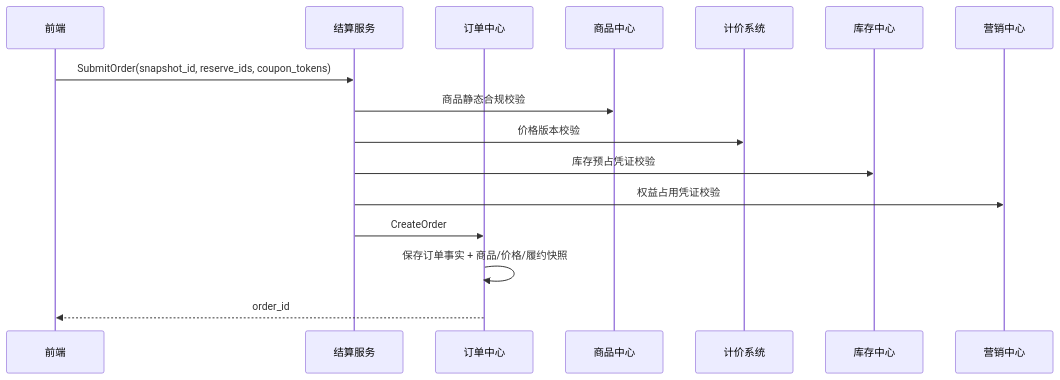
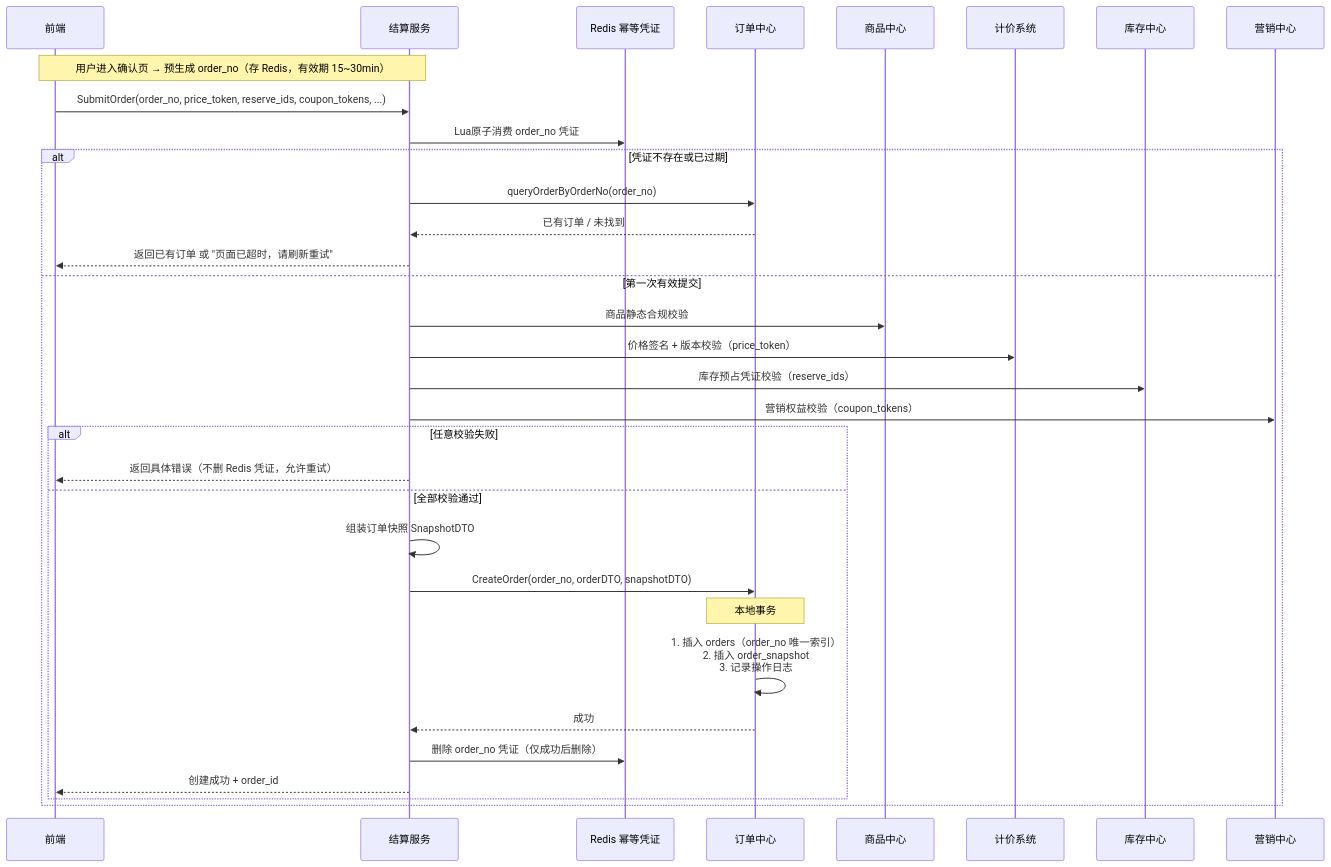
One commit to wxquare/wxquare.github.io changed the seventh of 14 diagrams in books/system-design-architecture-book/src/part02/13-ecommerce-customer-lifecycle.md. Above: the diagram before and after it, drawn with Mermaid. The commit also changed other lines of this file and 2 other files, not shown here.

````diff
--- a/books/system-design-architecture-book/src/part02/13-ecommerce-customer-lifecycle.md
+++ b/books/system-design-architecture-book/src/part02/13-ecommerce-customer-lifecycle.md
@@ -1162,19 +1603,42 @@
 ```mermaid
 sequenceDiagram
     participant FE as 前端
     participant CO as 结算服务
+    participant R as Redis 幂等凭证
     participant O as 订单中心
     participant P as 商品中心
     participant PR as 计价系统
     participant IV as 库存中心
     participant MK as 营销中心
 
-    FE->>CO: SubmitOrder(snapshot_id, reserve_ids, coupon_tokens)
-    CO->>P: 商品静态合规校验
-    CO->>PR: 价格版本校验
-    CO->>IV: 库存预占凭证校验
-    CO->>MK: 权益占用凭证校验
-    CO->>O: CreateOrder
-    O->>O: 保存订单事实 + 商品/价格/履约快照
-    O-->>FE: order_id
+    Note over FE,CO: 用户进入确认页 → 预生成 order_no（存 Redis，有效期 15~30min）
+
+    FE->>CO: SubmitOrder(order_no, price_token, reserve_ids, coupon_tokens, ...)
+    
+    CO->>R: Lua原子消费 order_no 凭证
+    
+    alt 凭证不存在或已过期
+        CO->>O: queryOrderByOrderNo(order_no)
+        O-->>CO: 已有订单 / 未找到
+        CO-->>FE: 返回已有订单 或 "页面已超时，请刷新重试"
+    else 第一次有效提交
+        CO->>P: 商品静态合规校验
+        CO->>PR: 价格签名 + 版本校验（price_token）
+        CO->>IV: 库存预占凭证校验（reserve_ids）
+        CO->>MK: 营销权益校验（coupon_tokens）
+        
+        alt 任意校验失败
+            CO-->>FE: 返回具体错误（不删 Redis 凭证，允许重试）
+        else 全部校验通过
+            CO->>CO: 组装订单快照 SnapshotDTO
+            CO->>O: CreateOrder(order_no, orderDTO, snapshotDTO)
+            
+            Note over O: 本地事务
+            O->>O: 1. 插入 orders（order_no 唯一索引）<br>2. 插入 order_snapshot<br>3. 记录操作日志
+            O-->>CO: 成功
+            
+            CO->>R: 删除 order_no 凭证（仅成功后删除）
+            CO-->>FE: 创建成功 + order_id
+        end
+    end
 ```
````
